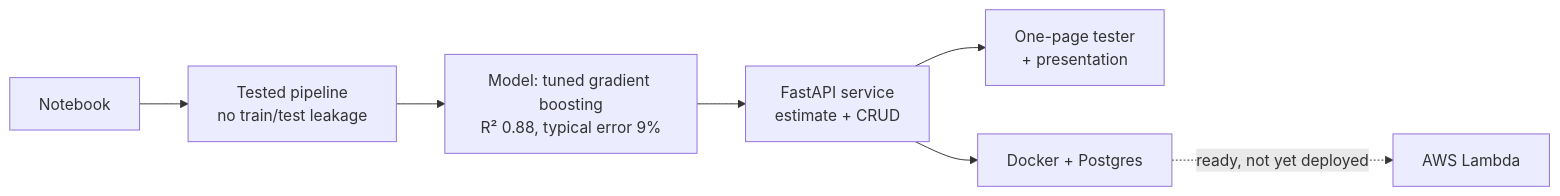
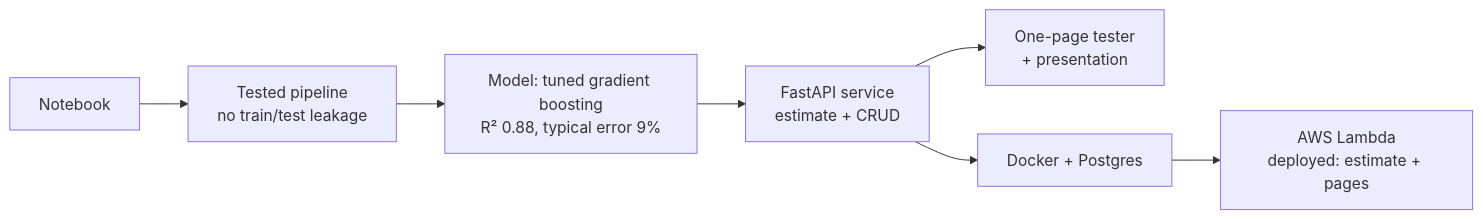
One commit to shadmanArko/mle-refactoring-project changed the diagram in README.md. Above: the diagram before and after it, drawn with Mermaid. The commit also changed other lines of this file and 5 other files, not shown here.

````diff
--- a/README.md
+++ b/README.md
@@ -7,9 +7,9 @@
 ```mermaid
 flowchart LR
     N[Notebook] --> P[Tested pipeline<br/>no train/test leakage]
     P --> M[Model: tuned gradient boosting<br/>R² 0.88, typical error 9%]
     M --> A[FastAPI service<br/>estimate + CRUD]
     A --> W[One-page tester<br/>+ presentation]
     A --> D[Docker + Postgres]
-    D -.ready, not yet deployed.-> L[AWS Lambda]
+    D --> L[AWS Lambda<br/>deployed: estimate + pages]
 ```
````
